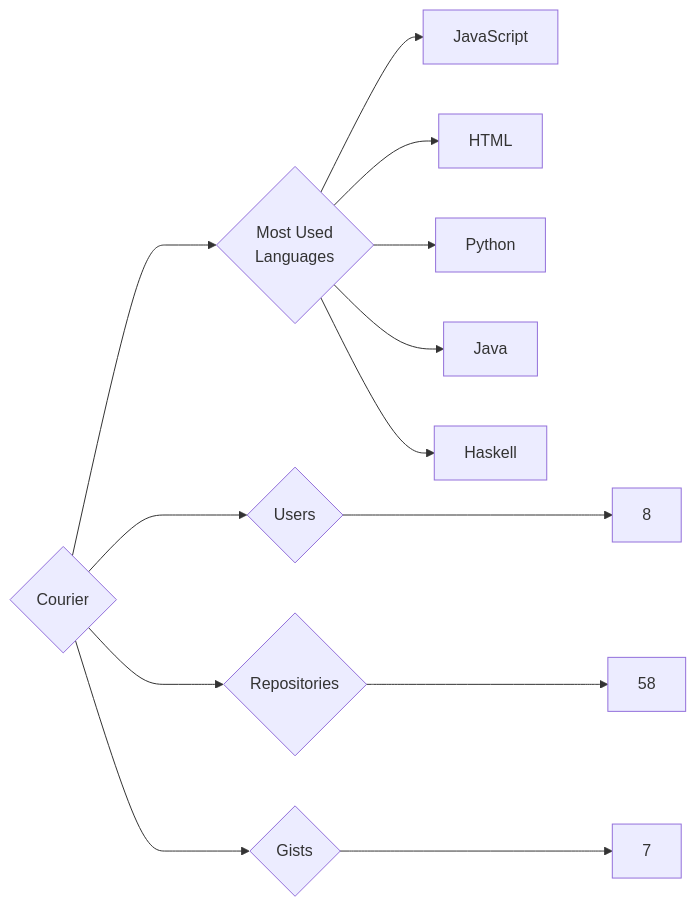
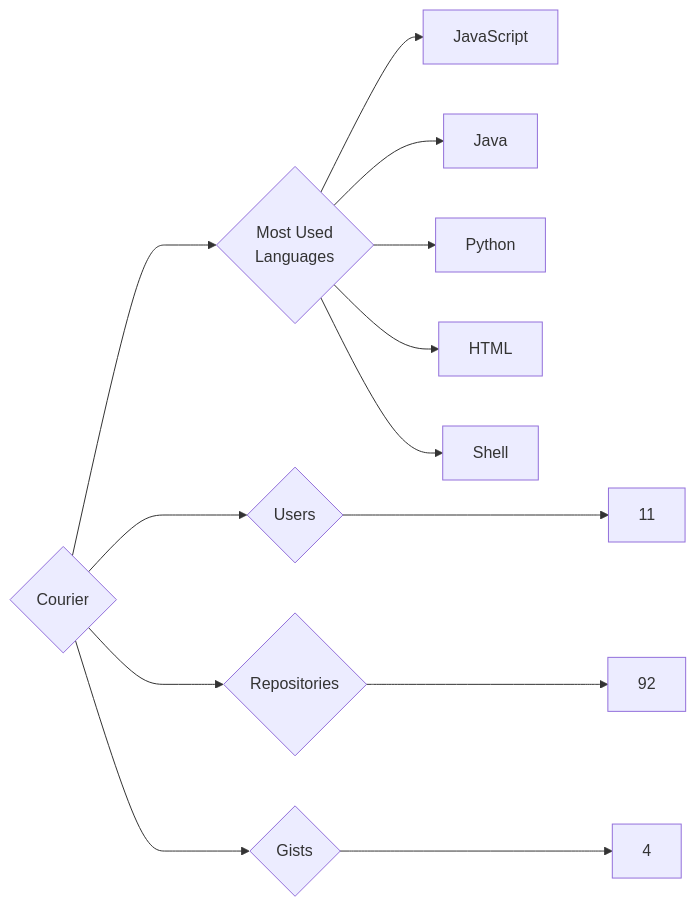
One commit to trickest/insiders changed the diagram in targets/Courier/README.md. Above: the diagram before and after it, drawn with Mermaid. The commit also changed 891 other files, not shown here.

````diff
--- a/targets/Courier/README.md
+++ b/targets/Courier/README.md
@@ -3,13 +3,13 @@
 ```mermaid
 graph LR
 COMPANY_NAME{Courier}
-COMPANY_NAME ---> U{Users} ---> UN[8]
-COMPANY_NAME ---> R{Repositories} ---> RN[58]
-COMPANY_NAME ---> G{Gists} ---> GN[7]
+COMPANY_NAME ---> U{Users} ---> UN[11]
+COMPANY_NAME ---> R{Repositories} ---> RN[92]
+COMPANY_NAME ---> G{Gists} ---> GN[4]
 COMPANY_NAME ---> ML{Most Used<br>Languages}
 ML --> JavaScript[JavaScript]
+ML --> Java[Java]
+ML --> Python[Python]
 ML --> HTML[HTML]
-ML --> Python[Python]
-ML --> Java[Java]
-ML --> Haskell[Haskell]
+ML --> Shell[Shell]
 ```
````
